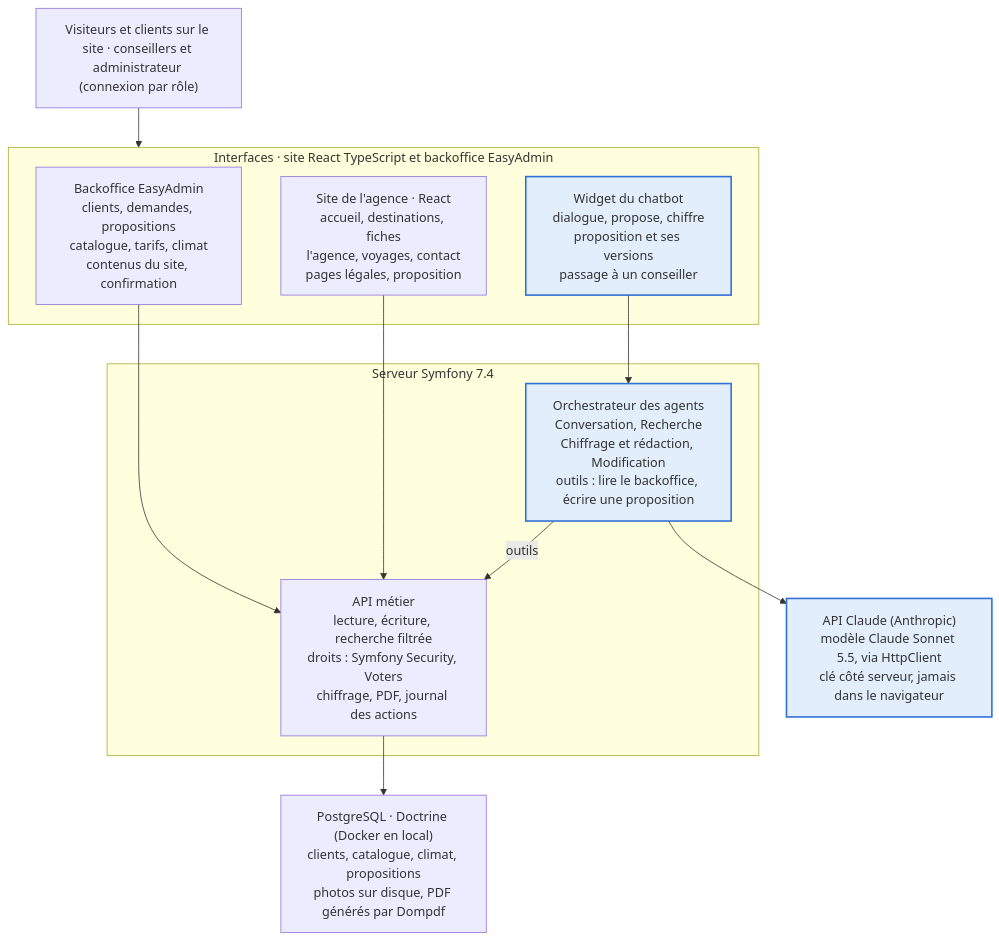
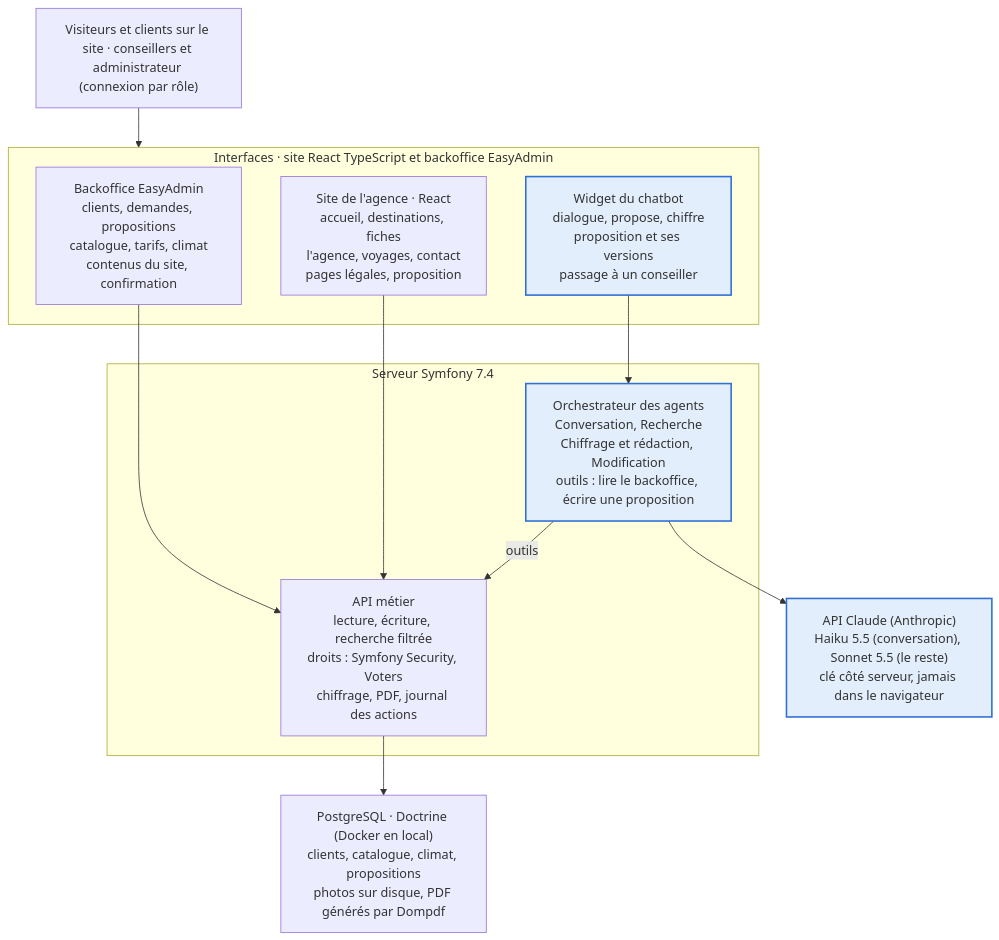
Before and after one commit to KJovene/ShortCut: the second of 3 diagrams in cahier-des-charges.md, drawn with Mermaid. The commit also changed other lines of this file and 2 other files, not shown here.

Commit message:
Création de la guide lin e de l'IA dans les conversations

````diff
--- a/cahier-des-charges.md
+++ b/cahier-des-charges.md
@@ -252,24 +252,24 @@
 ```mermaid
 flowchart TB
     %% Toute action de l'IA passe par le serveur et des droits limités
     U["Visiteurs et clients sur le site · conseillers et administrateur (connexion par rôle)"]
     subgraph INT["Interfaces · site React TypeScript et backoffice EasyAdmin"]
         BO["Backoffice EasyAdmin<br/>clients, demandes, propositions<br/>catalogue, tarifs, climat<br/>contenus du site, confirmation"]
         SITE["Site de l'agence · React<br/>accueil, destinations, fiches<br/>l'agence, voyages, contact<br/>pages légales, proposition"]
         W["Widget du chatbot<br/>dialogue, propose, chiffre<br/>proposition et ses versions<br/>passage à un conseiller"]:::ia
     end
     subgraph SRV["Serveur Symfony 7.4"]
         API["API métier<br/>lecture, écriture, recherche filtrée<br/>droits : Symfony Security, Voters<br/>chiffrage, PDF, journal des actions"]
         ORC["Orchestrateur des agents<br/>Conversation, Recherche<br/>Chiffrage et rédaction, Modification<br/>outils : lire le backoffice, écrire une proposition"]:::ia
     end
     DB["PostgreSQL · Doctrine (Docker en local)<br/>clients, catalogue, climat, propositions<br/>photos sur disque, PDF générés par Dompdf"]
-    LLM["API Claude (Anthropic)<br/>modèle Claude Sonnet 5.5, via HttpClient<br/>clé côté serveur, jamais dans le navigateur"]:::ia
+    LLM["API Claude (Anthropic)<br/>Haiku 5.5 (conversation), Sonnet 5.5 (le reste)<br/>clé côté serveur, jamais dans le navigateur"]:::ia
     U --> INT
     BO --> API
     SITE --> API
     W --> ORC
     ORC -- outils --> API
     API --> DB
     ORC --> LLM
     classDef ia fill:#e3eefc,stroke:#2f6fd6,stroke-width:2px
 ```
````
